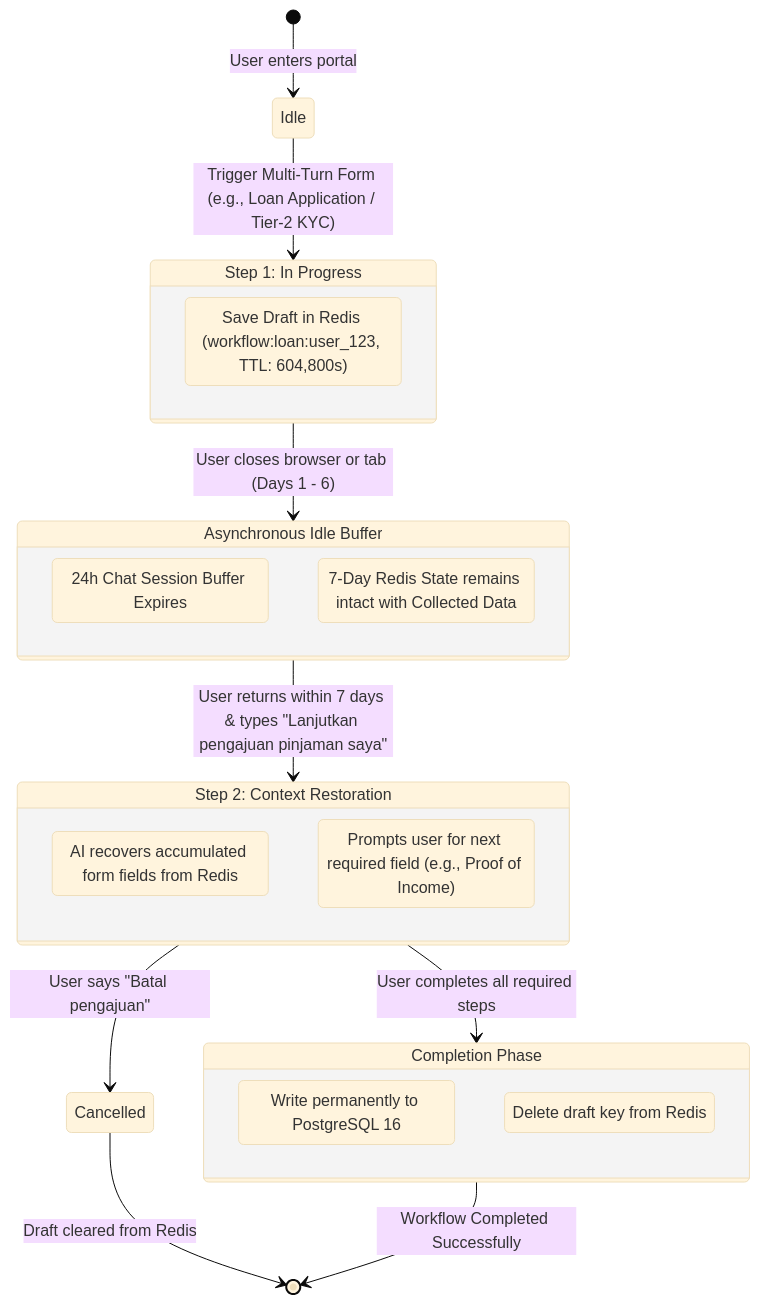
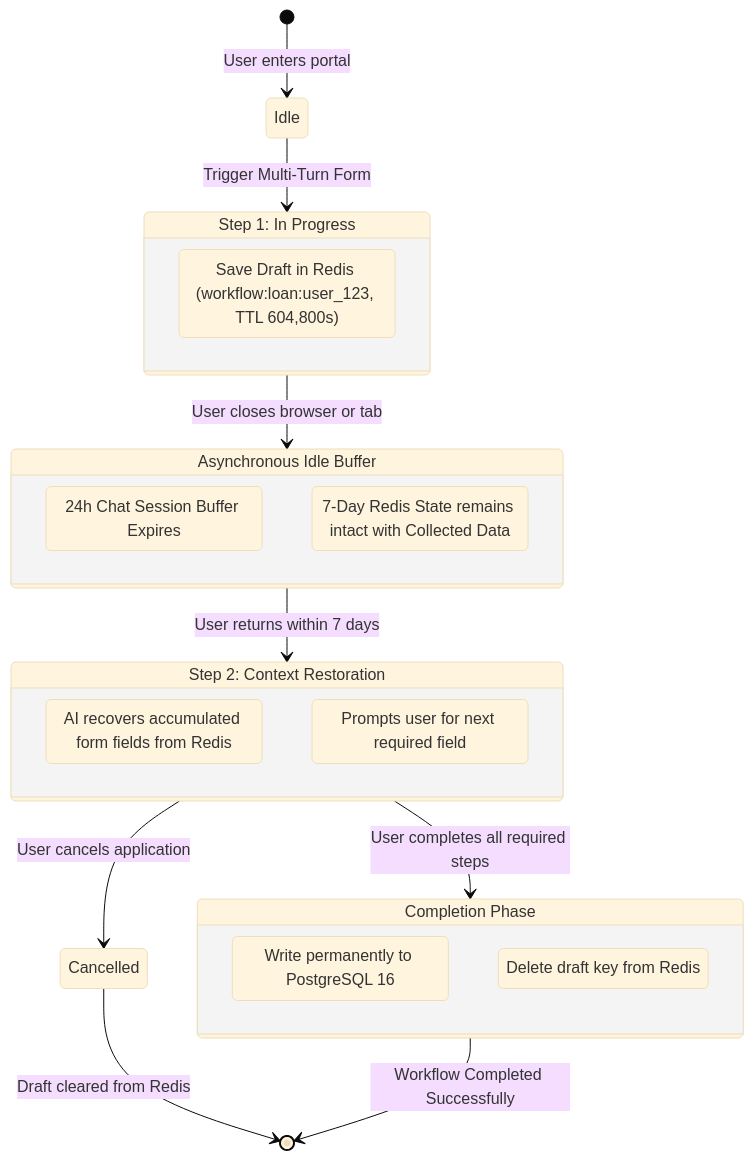
One commit to tirenn/bank changed the fifth of 5 diagrams in ARCHITECTURE.md. Above: the diagram before and after it, drawn with Mermaid (base theme). The commit also changed other lines of this file, not shown here.

Commit message:
docs: clean up and normalize mermaid diagram syntax in architecture documentation

````diff
--- a/ARCHITECTURE.md
+++ b/ARCHITECTURE.md
@@ -270,35 +271,35 @@
 ```mermaid
 stateDiagram-v2
     [*] --> Idle: User enters portal
     
-    Idle --> Step1_Initiated: Trigger Multi-Turn Form (e.g., Loan Application / Tier-2 KYC)
+    Idle --> Step1_Initiated: Trigger Multi-Turn Form
     
     state "Step 1: In Progress" as Step1_Initiated {
-        Save_S1: Save Draft in Redis (workflow:loan:user_123, TTL: 604,800s)
+        Save_S1: Save Draft in Redis (workflow:loan:user_123, TTL 604,800s)
     }
     
-    Step1_Initiated --> Interrupted: User closes browser or tab (Days 1 - 6)
+    Step1_Initiated --> Interrupted: User closes browser or tab
     
     state "Asynchronous Idle Buffer" as Interrupted {
         Chat_History_Expires: 24h Chat Session Buffer Expires
         Workflow_Preserved: 7-Day Redis State remains intact with Collected Data
     }
     
-    Interrupted --> Step2_Resumed: User returns within 7 days & types "Lanjutkan pengajuan pinjaman saya"
+    Interrupted --> Step2_Resumed: User returns within 7 days
     
     state "Step 2: Context Restoration" as Step2_Resumed {
         Restore_State: AI recovers accumulated form fields from Redis
-        Prompt_Next: Prompts user for next required field (e.g., Proof of Income)
+        Prompt_Next: Prompts user for next required field
     }
     
     Step2_Resumed --> Final_Submission: User completes all required steps
-    Step2_Resumed --> Cancelled: User says "Batal pengajuan"
+    Step2_Resumed --> Cancelled: User cancels application
     
     state "Completion Phase" as Final_Submission {
         Persist_DB: Write permanently to PostgreSQL 16
         Purge_Draft: Delete draft key from Redis
     }
     
     Cancelled --> [*]: Draft cleared from Redis
     Final_Submission --> [*]: Workflow Completed Successfully
 ```
````
